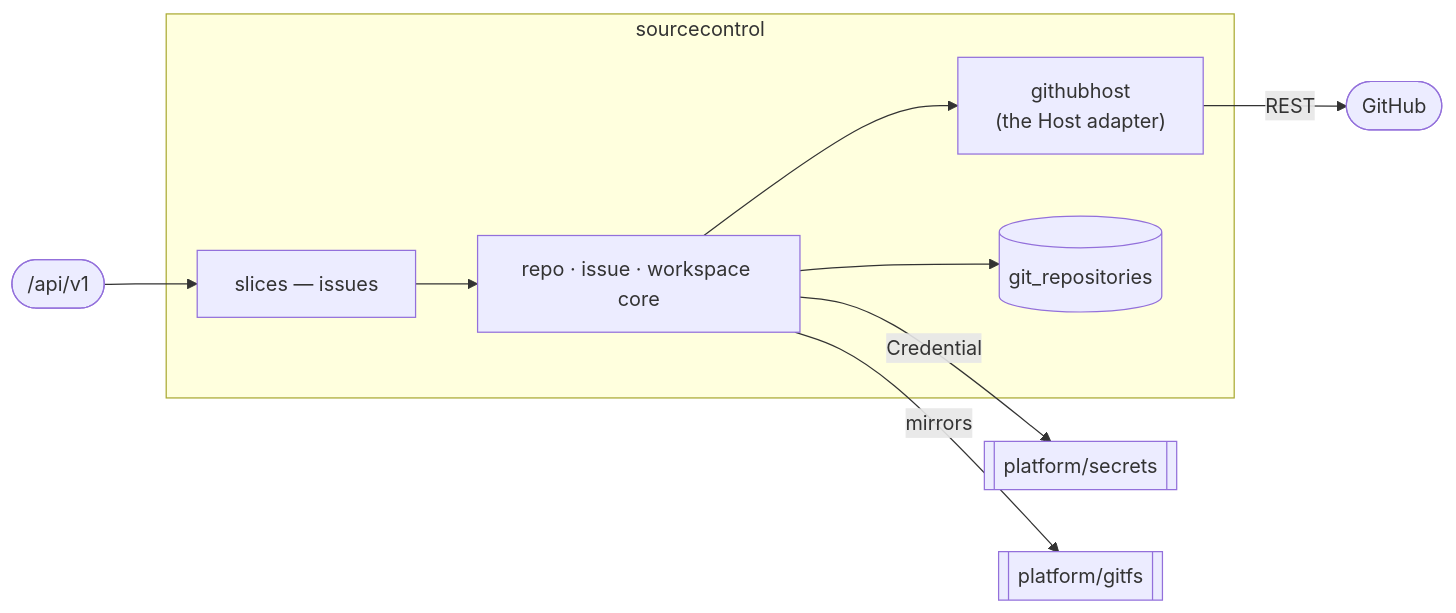
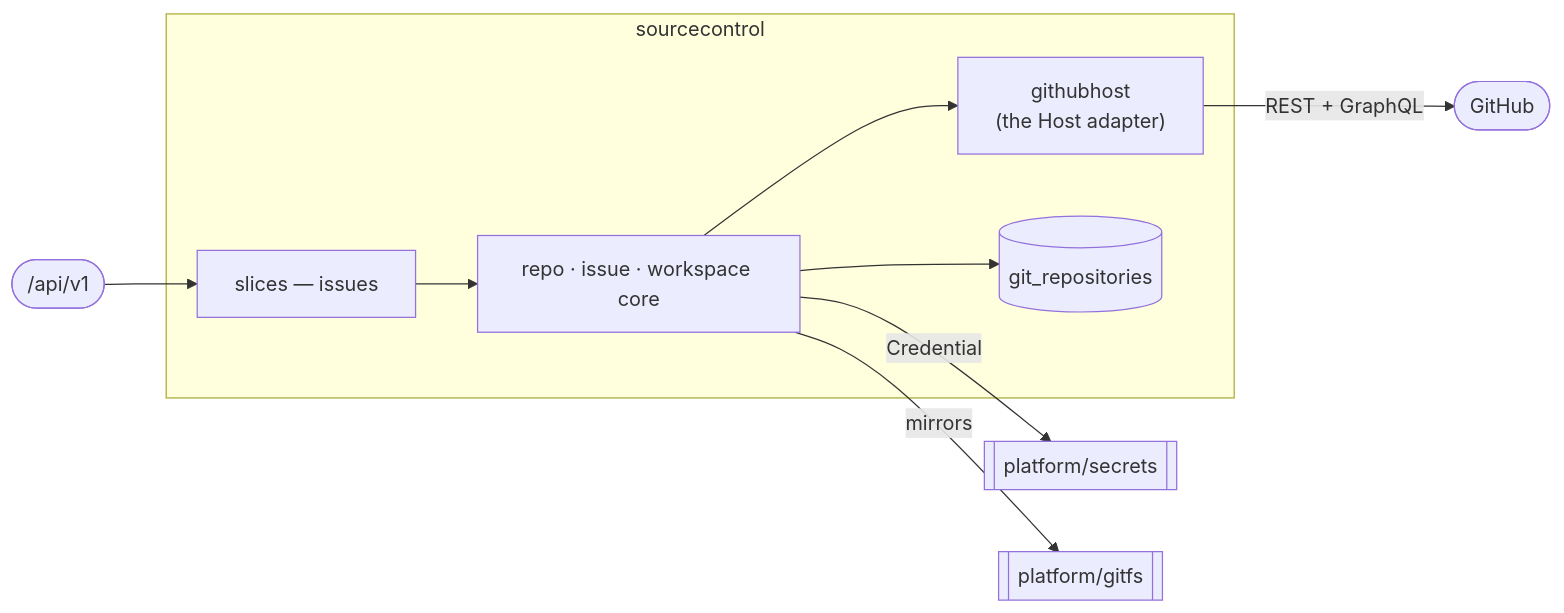
The diagram in services/aep-api/internal/sourcecontrol/README.md (KCSAbeywickrama/labs-agentic-engineer), drawn with Mermaid before and after one commit. The commit also changed other lines of this file and 402 other files, not shown here.

````diff
--- a/services/aep-api/internal/sourcecontrol/README.md
+++ b/services/aep-api/internal/sourcecontrol/README.md
@@ -8,15 +9,15 @@
 ```mermaid
 flowchart LR
   API(["/api/v1"]) --> SL
   subgraph sourcecontrol
     SL["slices — issues"]
     CORE["repo · issue · workspace core"]
     GH["githubhost<br/>(the Host adapter)"]
     SL --> CORE
     CORE --> GH
     CORE --> DB[("git_repositories")]
   end
-  GH -->|REST| GITHUB(["GitHub"])
+  GH -->|REST + GraphQL| GITHUB(["GitHub"])
   CORE -->|Credential| SEC[[platform/secrets]]
   CORE -->|mirrors| GITFS[[platform/gitfs]]
 ```
````
